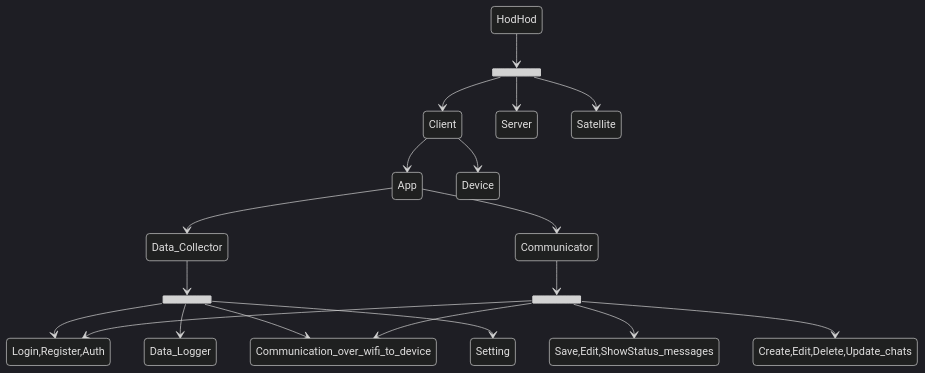
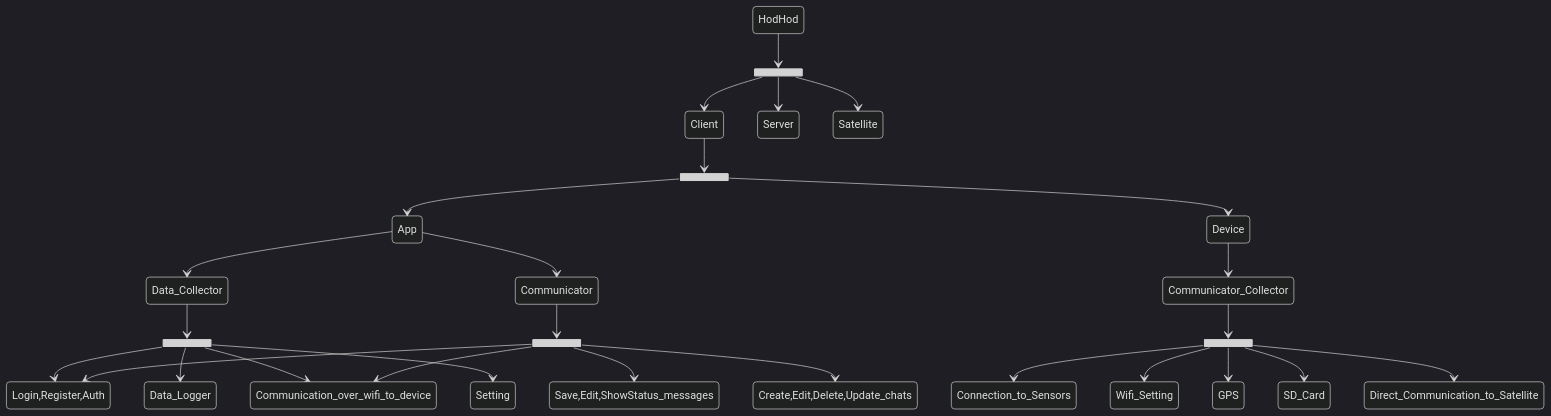
The diagram in docs/Satellite Communicator/Description.md (spaceomid/Documentation), drawn with Mermaid (dark theme) before and after one commit.

Commit message:
update diagram

````diff
--- a/docs/Satellite Communicator/Description.md
+++ b/docs/Satellite Communicator/Description.md
@@ -14,28 +14,41 @@
     ``` mermaid
         stateDiagram-v2
             state fork_state <<fork>>
             HodHod --> fork_state
             fork_state --> Client
             fork_state --> Server
             fork_state --> Satellite
 
-            Client --> App
-            Client --> Device
+            state Client_state <<fork>>
+            Client --> Client_state
+            Client_state --> App
+            Client_state --> Device
+
 
             App --> Data_Collector
             App --> Communicator
 
             state Communicator_state <<fork>>
             Communicator --> Communicator_state
             Communicator_state --> Login,Register,Auth
             Communicator_state --> Communication_over_wifi_to_device
             Communicator_state --> Save,Edit,ShowStatus_messages
             Communicator_state --> Create,Edit,Delete,Update_chats
 
             state Data_Collector_state <<fork>>
             Data_Collector --> Data_Collector_state
             Data_Collector_state --> Login,Register,Auth
             Data_Collector_state --> Communication_over_wifi_to_device
             Data_Collector_state --> Data_Logger
             Data_Collector_state --> Setting
+
+            Device --> Communicator_Collector
+            state Communicator_Collector_state <<fork>>
+            Communicator_Collector --> Communicator_Collector_state
+            Communicator_Collector_state --> Connection_to_Sensors
+            Communicator_Collector_state --> Wifi_Setting
+            Communicator_Collector_state --> GPS
+            Communicator_Collector_state --> SD_Card
+            Communicator_Collector_state --> Direct_Communication_to_Satellite
+
     ```
````
